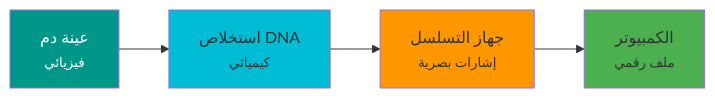
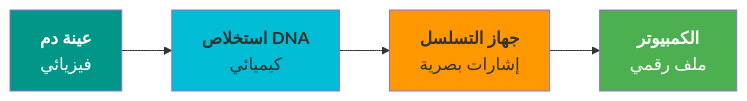
Before and after one commit to alarawms/site: the second of 3 diagrams in docs/courses/foundation-of-bioinformatics/module-1.md, drawn with Mermaid. The commit also changed other lines of this file, not shown here.

First line of the commit message:
Module 1: Improve mermaid diagram typography

````diff
--- a/docs/courses/foundation-of-bioinformatics/module-1.md
+++ b/docs/courses/foundation-of-bioinformatics/module-1.md
@@ -61,11 +61,11 @@
     ```mermaid
     graph LR
-        A["عينة دم<br/><small>فيزيائي</small>"] --> B["استخلاص DNA<br/><small>كيميائي</small>"]
-        B --> C["جهاز التسلسل<br/><small>إشارات بصرية</small>"]
-        C --> D["الكمبيوتر<br/><small>ملف رقمي</small>"]
+        A["<b>عينة دم</b><br/>فيزيائي"] --> B["<b>استخلاص DNA</b><br/>كيميائي"]
+        B --> C["<b>جهاز التسلسل</b><br/>إشارات بصرية"]
+        C --> D["<b>الكمبيوتر</b><br/>ملف رقمي"]
 
-        style A fill:#009688,color:#fff
-        style B fill:#00BCD4
-        style C fill:#FF9800
-        style D fill:#4CAF50
+        style A fill:#009688,color:#fff,font-size:17px
+        style B fill:#00BCD4,font-size:17px
+        style C fill:#FF9800,font-size:17px
+        style D fill:#4CAF50,color:#fff,font-size:17px
     ```
````
